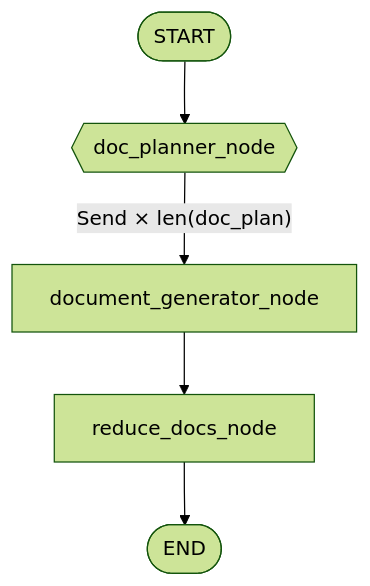
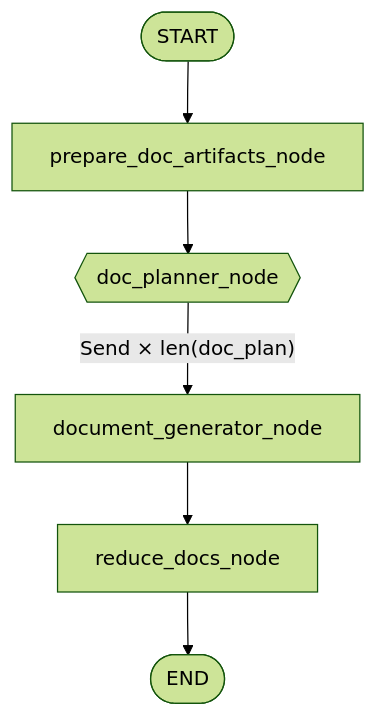
The first of 2 diagrams in ai-backend/docs/flows/phase-8-flow.md (ahsanfarooq210/ai-saas-genius), drawn with Mermaid (forest theme) before and after one commit. The commit also changed other lines of this file and 15 other files, not shown here.

First line of the commit message:
Enhance documentation and state management for swarm graph architecture

````diff
--- a/ai-backend/docs/flows/phase-8-flow.md
+++ b/ai-backend/docs/flows/phase-8-flow.md
@@ -40,7 +29,8 @@
 ```mermaid
 flowchart TB
-    START([START]) --> DP{{doc_planner_node}}
+    START([START]) --> PREP[prepare_doc_artifacts_node]
+    PREP --> DP{{doc_planner_node}}
     DP -->|"Send × len(doc_plan)"| DG[document_generator_node]
     DG --> RD[reduce_docs_node]
     RD --> END([END])
 ```
````
